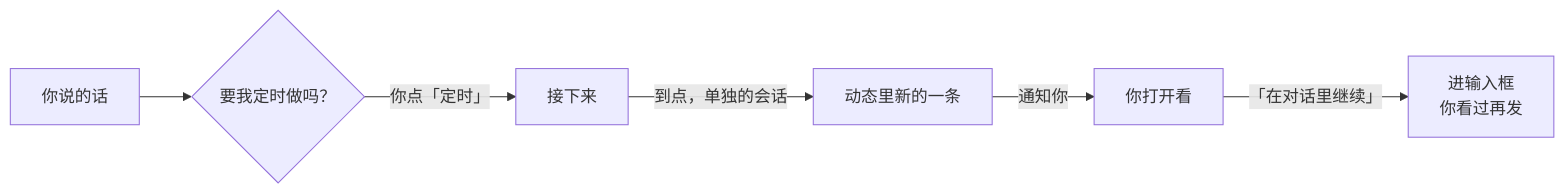
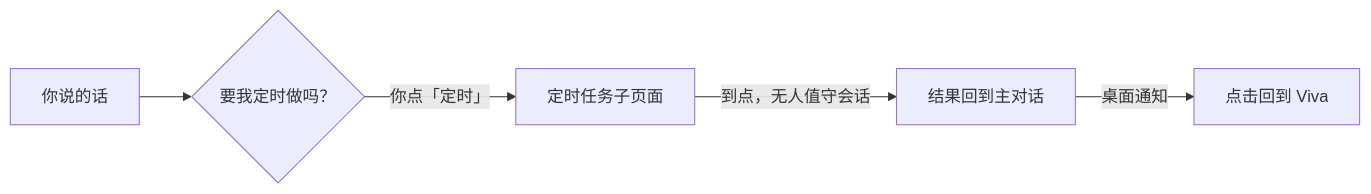
Before and after one commit to JNS0724/Viva: the diagram in README.zh-CN.md, drawn with Mermaid. The commit also changed other lines of this file and 159 other files, not shown here.

````diff
--- a/README.zh-CN.md
+++ b/README.zh-CN.md
@@ -91,8 +82,7 @@
 ```mermaid
 flowchart LR
   A["你说的话"] --> P{"要我定时做吗？"}
-  P -->|你点「定时」| S["接下来"]
-  S -->|到点，单独的会话| R["动态里新的一条"]
-  R -->|通知你| N["你打开看"]
-  N -->|「在对话里继续」| C["进输入框<br>你看过再发"]
+  P -->|你点「定时」| S["定时任务子页面"]
+  S -->|到点，无人值守会话| R["结果回到主对话"]
+  R -->|桌面通知| N["点击回到 Viva"]
 ```
````
